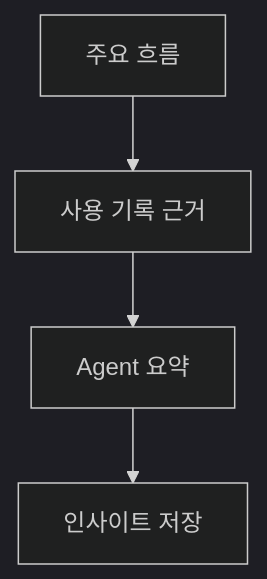
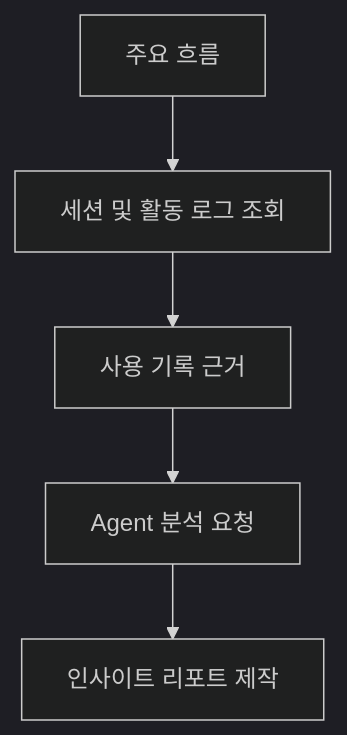
One commit to ewoooo/living-brand-system changed the sixth of 6 diagrams in docs/05-system-architecture.md. Above: the diagram before and after it, drawn with Mermaid (dark theme). The commit also changed other lines of this file and 2 other files, not shown here.

Commit message:
docs: update quality session architecture

````diff
--- a/docs/05-system-architecture.md
+++ b/docs/05-system-architecture.md
@@ -189,11 +218,13 @@
 ```mermaid
 flowchart TB
   Flow["주요 흐름"]
+  LogQuery["세션 및 활동 로그 조회"]
   Evidence["사용 기록 근거"]
-  AgentSummary["Agent 요약"]
-  Insight["인사이트 저장"]
+  AgentAnalysis["Agent 분석 요청"]
+  Report["인사이트 리포트 제작"]
 
-  Flow --> Evidence
-  Evidence --> AgentSummary
-  AgentSummary --> Insight
+  Flow --> LogQuery
+  LogQuery --> Evidence
+  Evidence --> AgentAnalysis
+  AgentAnalysis --> Report
 ```
````
